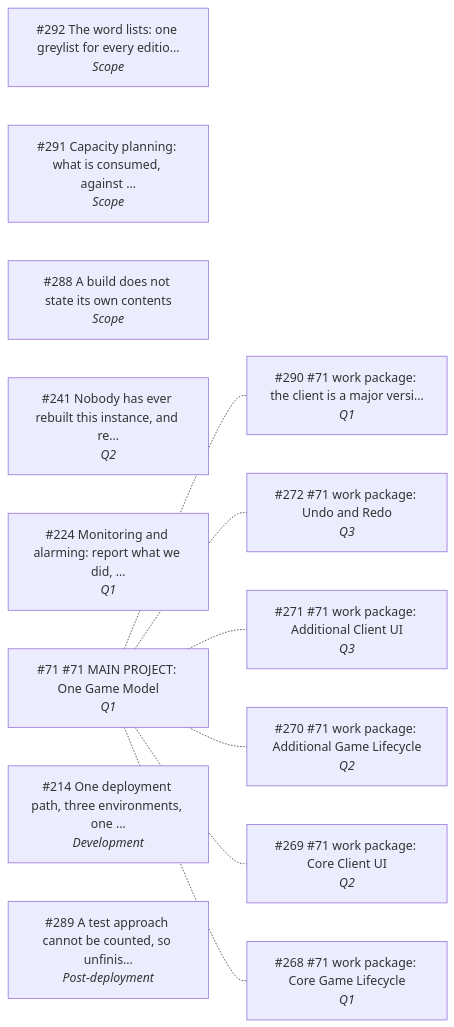
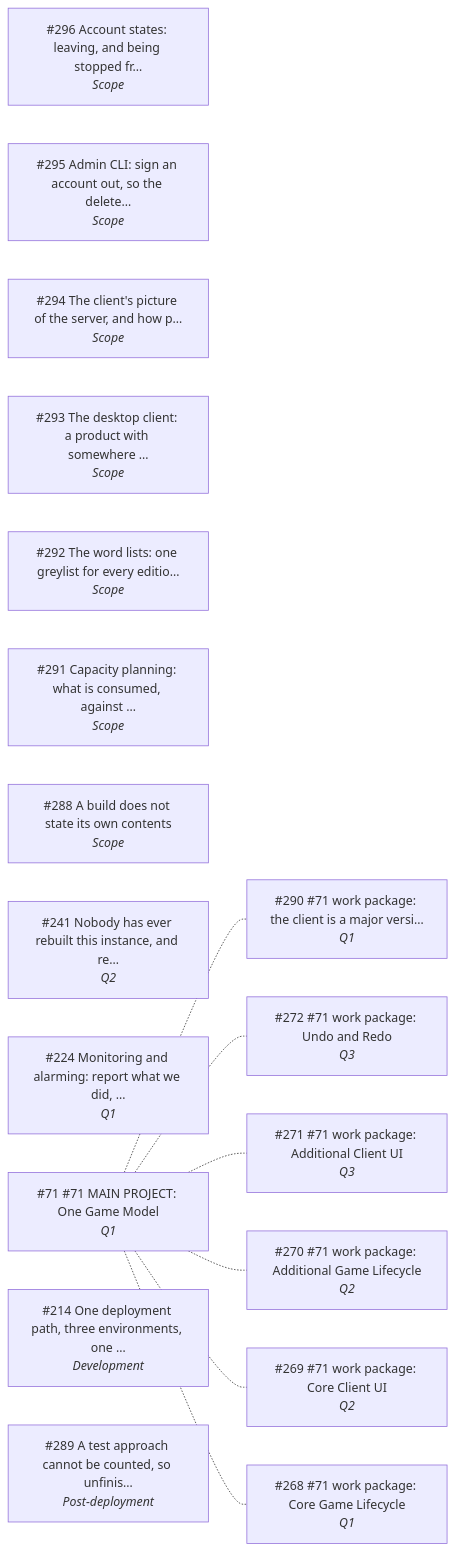
The diagram in docs/1.5-work-in-progress.md (SteveStyle/scrabble-px), drawn with Mermaid before and after one commit.

Commit message:
app 0.7.1 api 2.13: regenerate 1.5 after the workstream projects

````diff
--- a/docs/1.5-work-in-progress.md
+++ b/docs/1.5-work-in-progress.md
@@ -21,23 +21,27 @@
 ```mermaid
 flowchart LR
+  n296["#296 Account states: leaving, and being stopped fr…<br/><i>Scope</i>"]
+  n295["#295 Admin CLI: sign an account out, so the delete…<br/><i>Scope</i>"]
+  n294["#294 The client's picture of the server, and how p…<br/><i>Scope</i>"]
+  n293["#293 The desktop client: a product with somewhere …<br/><i>Scope</i>"]
   n292["#292 The word lists: one greylist for every editio…<br/><i>Scope</i>"]
   n291["#291 Capacity planning: what is consumed, against …<br/><i>Scope</i>"]
   n288["#288 A build does not state its own contents<br/><i>Scope</i>"]
   n272["#272 #71 work package: Undo and Redo<br/><i>Q3</i>"]
   n271["#271 #71 work package: Additional Client UI<br/><i>Q3</i>"]
   n270["#270 #71 work package: Additional Game Lifecycle<br/><i>Q2</i>"]
   n269["#269 #71 work package: Core Client UI<br/><i>Q2</i>"]
   n241["#241 Nobody has ever rebuilt this instance, and re…<br/><i>Q2</i>"]
   n290["#290 #71 work package: the client is a major versi…<br/><i>Q1</i>"]
   n268["#268 #71 work package: Core Game Lifecycle<br/><i>Q1</i>"]
   n224["#224 Monitoring and alarming: report what we did, …<br/><i>Q1</i>"]
   n71["#71 #71 MAIN PROJECT: One Game Model<br/><i>Q1</i>"]
   n214["#214 One deployment path, three environments, one …<br/><i>Development</i>"]
   n289["#289 A test approach cannot be counted, so unfinis…<br/><i>Post-deployment</i>"]
   n71 -.- n290
   n71 -.- n272
   n71 -.- n271
   n71 -.- n270
   n71 -.- n269
   n71 -.- n268
 ```
````
